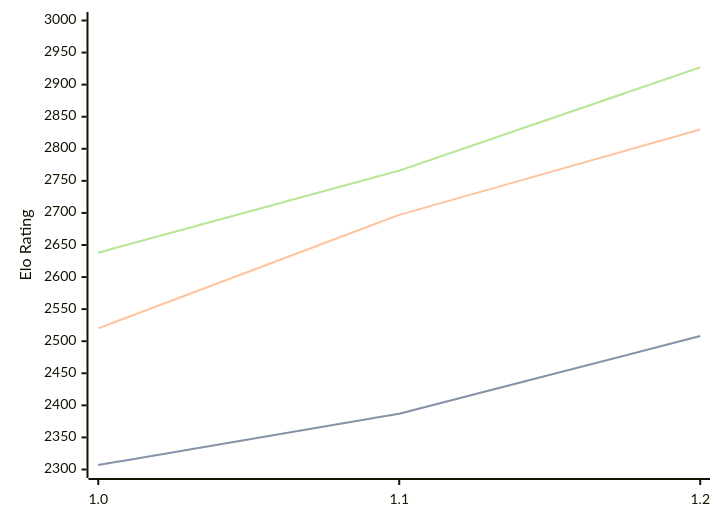
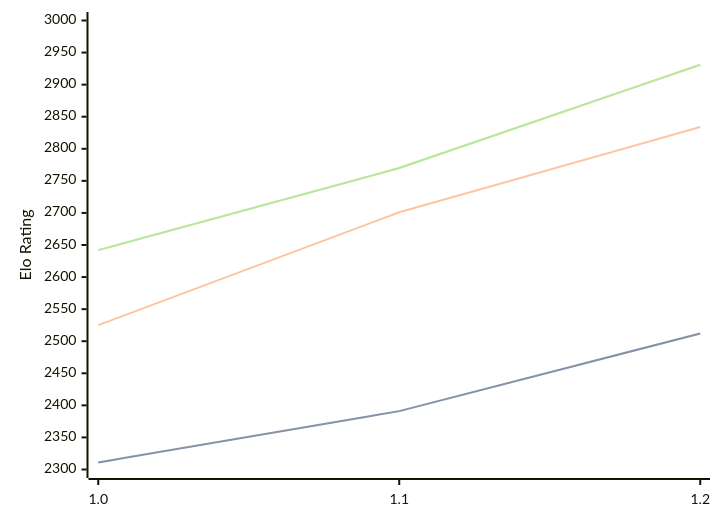
One commit to computer-chess-index/cci changed the diagram in engines/FoxChess.md. Above: the diagram before and after it, drawn with Mermaid. The commit also changed other lines of this file, not shown here.

Commit message:
Update CCI Ratings (ELO VLTC) - 2026-08-18

````diff
--- a/engines/FoxChess.md
+++ b/engines/FoxChess.md
@@ -33,11 +33,11 @@
 ```mermaid
 %%{init: {"theme":"base","themeVariables":{"seriesColors:['#a3a3a3','#222221','#faa371']}}}%%
 xychart-beta
   x-axis ["1.0", "1.1", "1.2"]
   y-axis "Elo Rating" 2300 --> 3000
-  line "STC (8.0+0.08s)" [2307, 2387, 2508]
-  line "STC (8.0+0.08s)" [2307, 2387, 2508]
-  line "LTC (60.0+0.60s)" [2520, 2697, 2830]
-  line "VLTC (2m24s+1.12s)" [2638, 2766, 2927]
-  line "VLTC (2m24s+1.12s)" [2638, 2766, 2927]
+  line "STC (8.0+0.08s)" [2311, 2391, 2512]
+  line "STC (8.0+0.08s)" [2311, 2391, 2512]
+  line "LTC (60.0+0.60s)" [2525, 2701, 2834]
+  line "VLTC (2m24s+1.12s)" [2642, 2770, 2931]
+  line "VLTC (2m24s+1.12s)" [2642, 2770, 2931]
 ```
````
